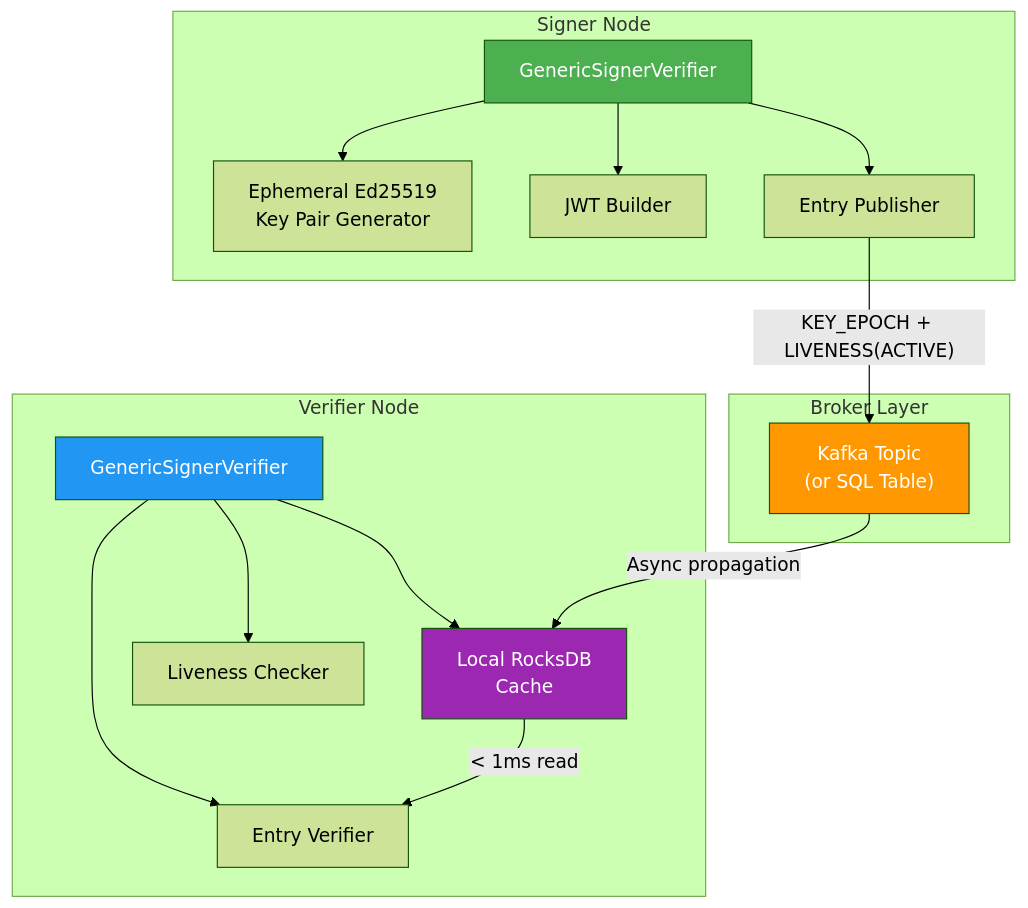
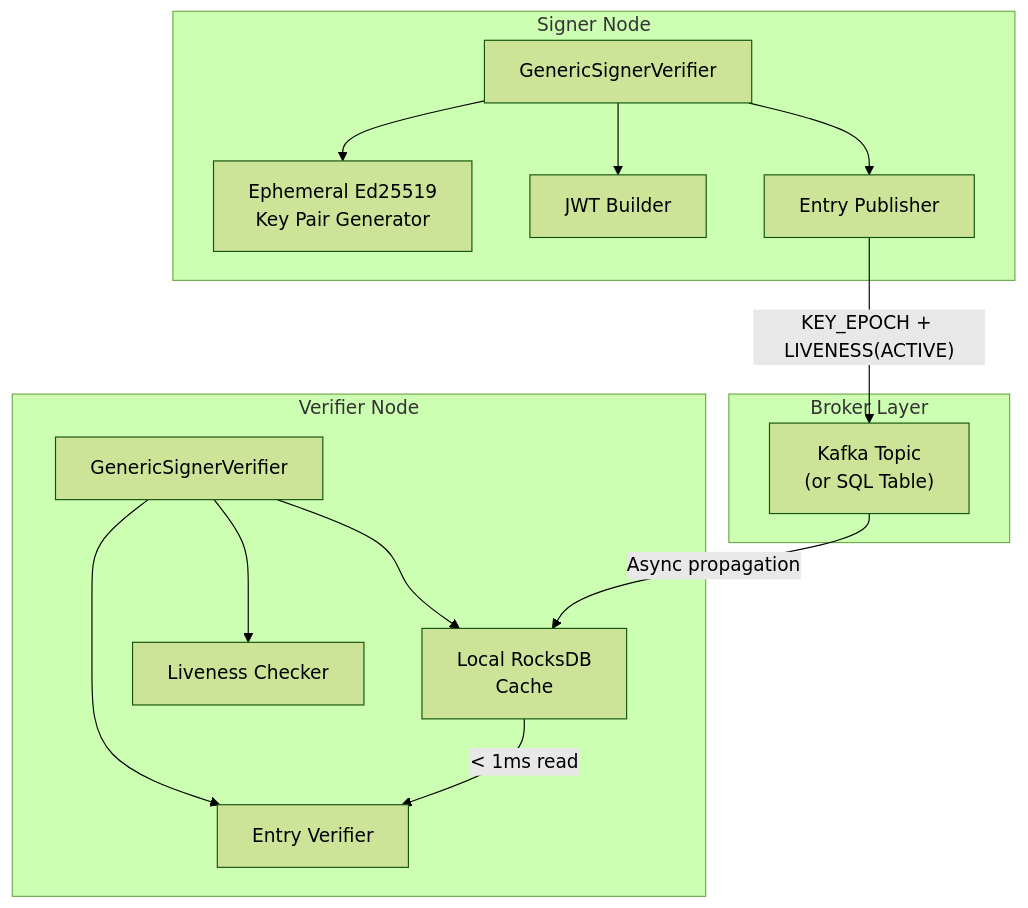
The first of 4 diagrams in docs/docs/getting-started/how-it-works.md (cyfko/veridot), drawn with Mermaid (forest theme) before and after one commit. The commit also changed other lines of this file and 25 other files, not shown here.

First line of the commit message:
style: remove colorful fill styles from Mermaid diagrams

````diff
--- a/docs/docs/getting-started/how-it-works.md
+++ b/docs/docs/getting-started/how-it-works.md
@@ -14,27 +14,23 @@
 ```mermaid
 graph TB
     subgraph "Signer Node"
         A["GenericSignerVerifier"] --> B["Ephemeral Ed25519<br/>Key Pair Generator"]
         A --> C["JWT Builder"]
         A --> D["Entry Publisher"]
     end
 
     subgraph "Broker Layer"
         E["Kafka Topic<br/>(or SQL Table)"]
     end
 
     subgraph "Verifier Node"
         F["GenericSignerVerifier"] --> G["Local RocksDB<br/>Cache"]
         F --> H["Entry Verifier"]
         F --> I["Liveness Checker"]
     end
 
     D -- "KEY_EPOCH + LIVENESS(ACTIVE)" --> E
     E -- "Async propagation" --> G
     G -- "< 1ms read" --> H
 
-    style A fill:#4CAF50,color:#fff
-    style F fill:#2196F3,color:#fff
-    style E fill:#FF9800,color:#fff
-    style G fill:#9C27B0,color:#fff
 ```
````
